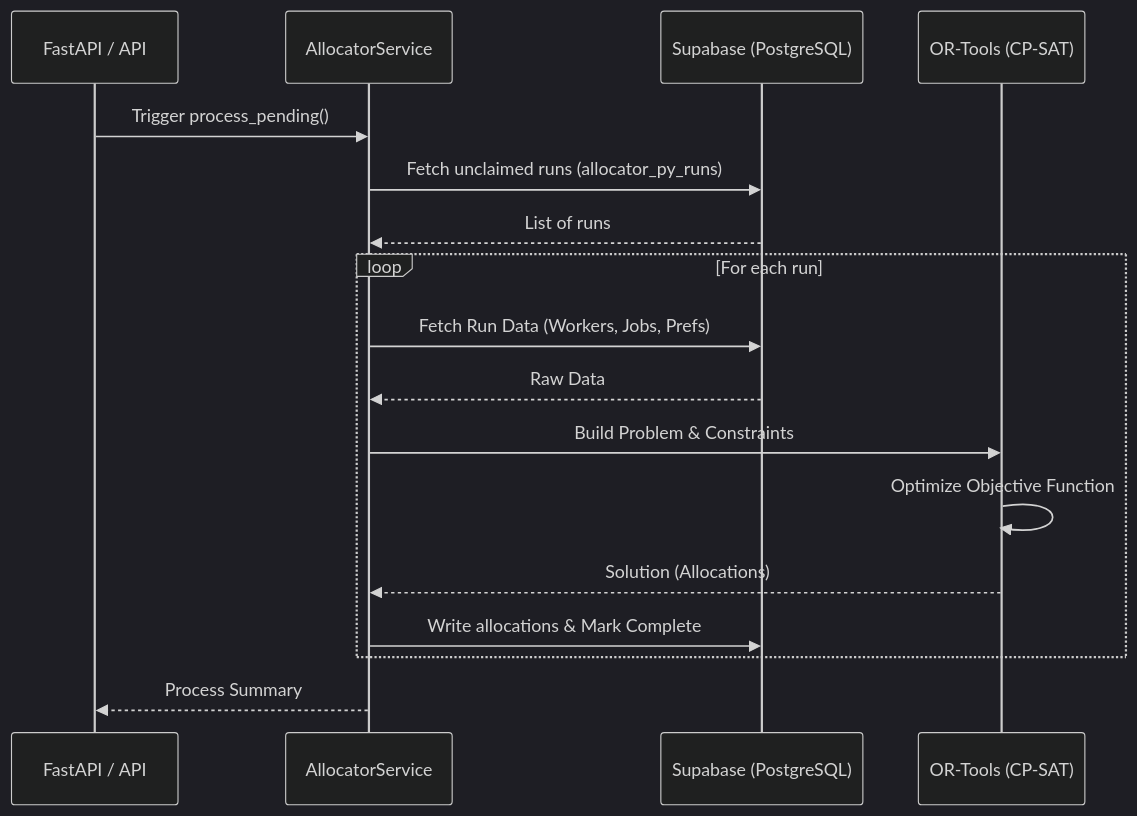
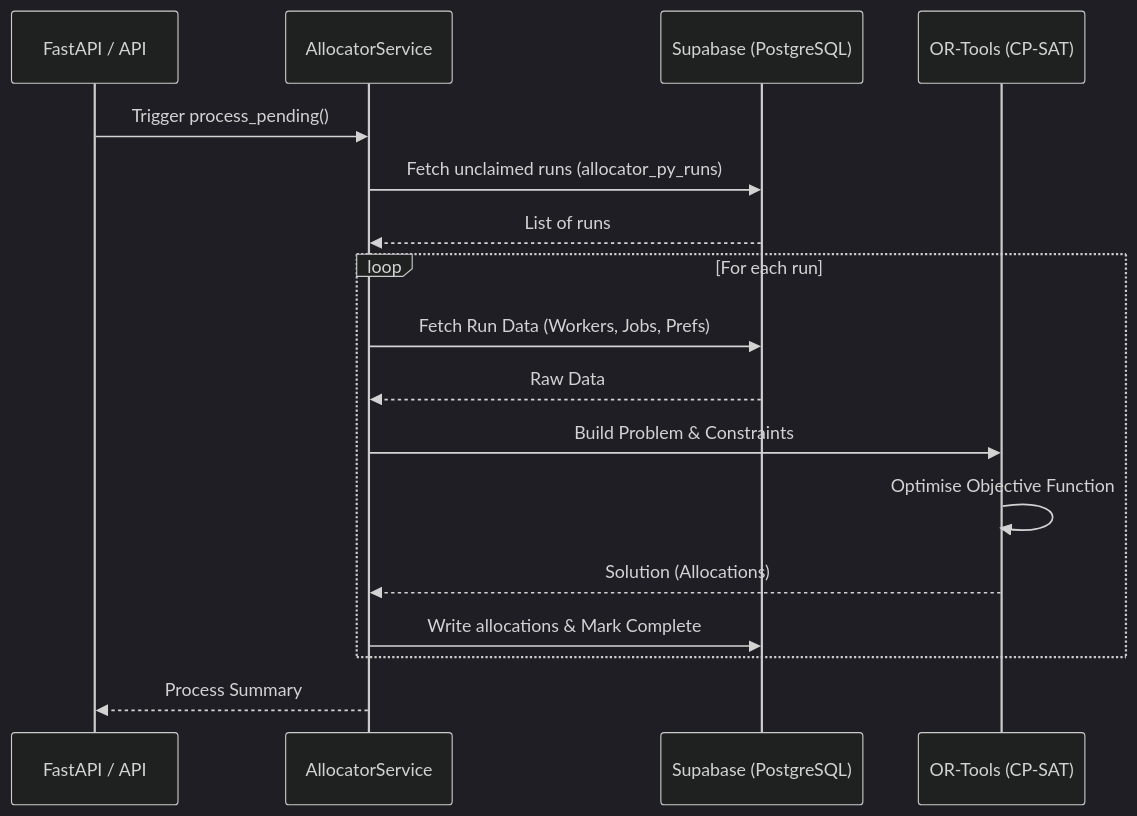
The diagram in docs/platform/allocator-backend/index.md (dm-ra-01/doco-receptor-ecosystem), drawn with Mermaid (dark theme) before and after one commit. The commit also changed other lines of this file and 31 other files, not shown here.

Commit message:
docs: enforce Australian English spelling and update architecture

````diff
--- a/docs/platform/allocator-backend/index.md
+++ b/docs/platform/allocator-backend/index.md
@@ -24,20 +24,20 @@
 ```mermaid
 sequenceDiagram
     participant API as FastAPI / API
     participant SVC as AllocatorService
     participant DB as Supabase (PostgreSQL)
     participant Solver as OR-Tools (CP-SAT)
 
     API->>SVC: Trigger process_pending()
     SVC->>DB: Fetch unclaimed runs (allocator_py_runs)
     DB-->>SVC: List of runs
     loop For each run
         SVC->>DB: Fetch Run Data (Workers, Jobs, Prefs)
         DB-->>SVC: Raw Data
         SVC->>Solver: Build Problem & Constraints
-        Solver->>Solver: Optimize Objective Function
+        Solver->>Solver: Optimise Objective Function
         Solver-->>SVC: Solution (Allocations)
         SVC->>DB: Write allocations & Mark Complete
     end
     SVC-->>API: Process Summary
 ```
````
